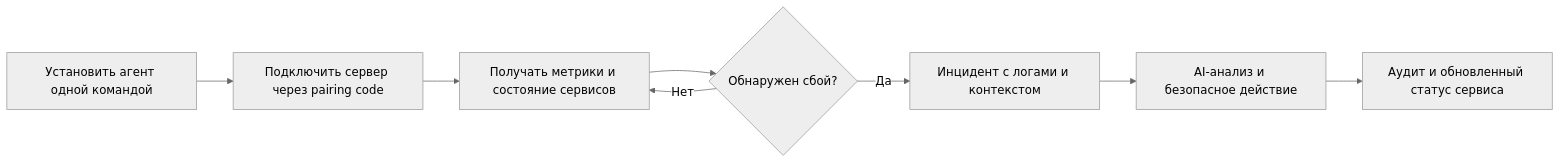
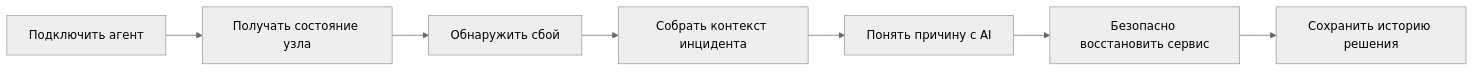
One commit to conexl/trace changed the diagram in README.md. Above: the diagram before and after it, drawn with Mermaid (neutral theme). The commit also changed other lines of this file, not shown here.

````diff
--- a/README.md
+++ b/README.md
@@ -41,10 +17,9 @@
 ```mermaid
 flowchart LR
-    A[Установить агент одной командой] --> B[Подключить сервер через pairing code]
-    B --> C[Получать метрики и состояние сервисов]
-    C --> D{Обнаружен сбой?}
-    D -->|Нет| C
-    D -->|Да| E[Инцидент с логами и контекстом]
-    E --> F[AI-анализ и безопасное действие]
-    F --> G[Аудит и обновленный статус сервиса]
+    A[Подключить агент] --> B[Получать состояние узла]
+    B --> C[Обнаружить сбой]
+    C --> D[Собрать контекст инцидента]
+    D --> E[Понять причину с AI]
+    E --> F[Безопасно восстановить сервис]
+    F --> G[Сохранить историю решения]
 ```
````
